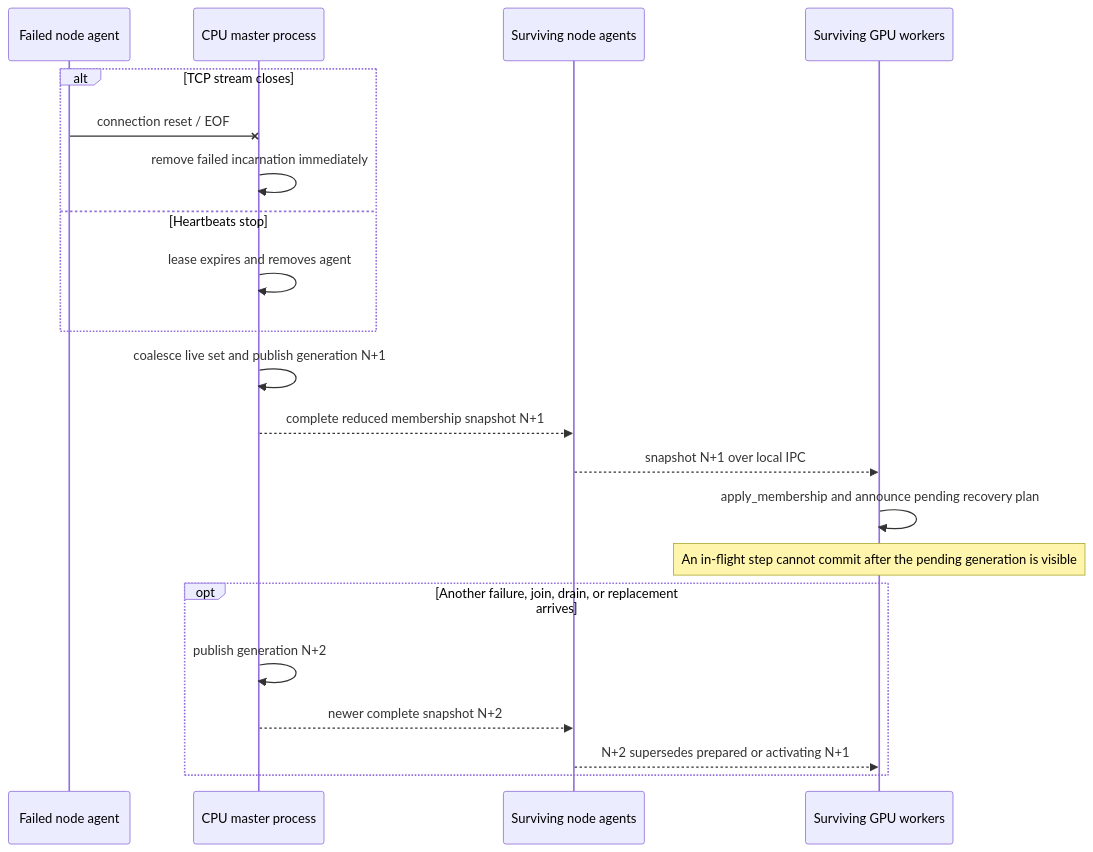
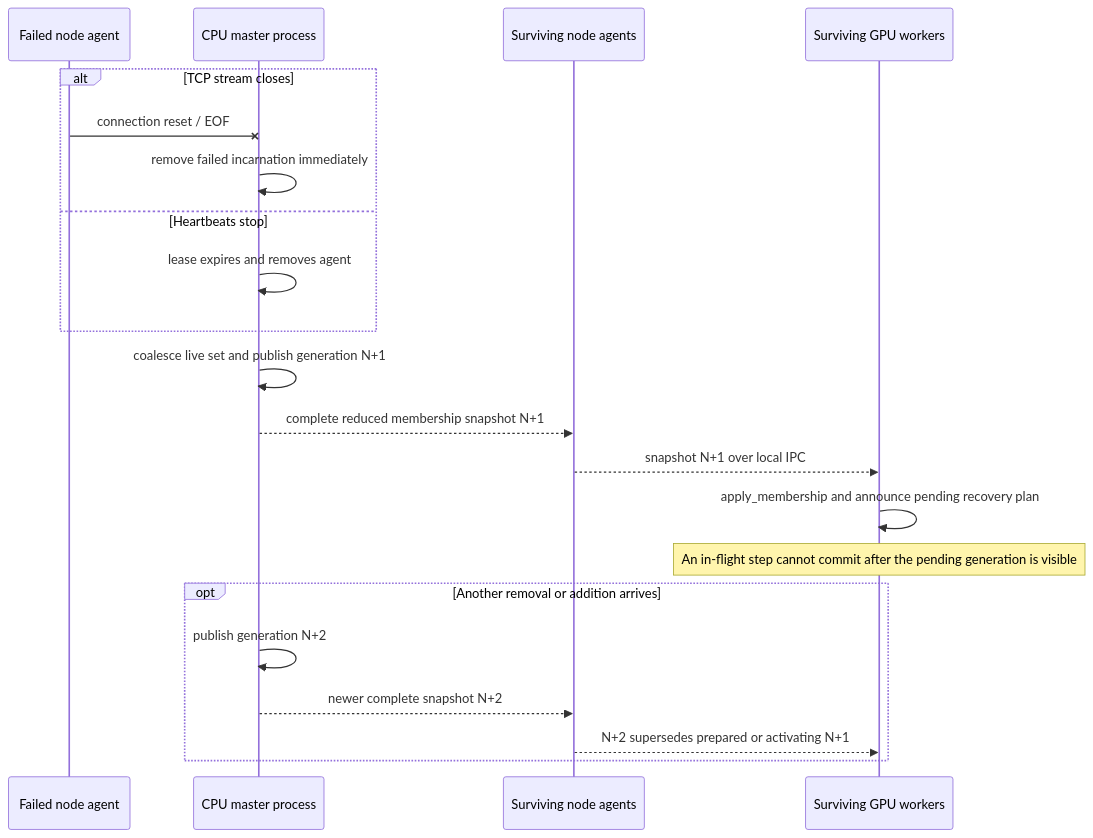
Before and after one commit to SymbioticLab/Oobleck: the sixth of 8 diagrams in lifecycle.md, drawn with Mermaid. The commit also changed other lines of this file and 29 other files, not shown here.

First line of the commit message:
Implement graceful cutover with removal/addition membership semantics (#46)

````diff
--- a/lifecycle.md
+++ b/lifecycle.md
@@ -309,24 +310,24 @@
 ```mermaid
 sequenceDiagram
     participant FA as Failed node agent
     participant M as CPU master process
     participant SA as Surviving node agents
     participant SW as Surviving GPU workers
 
     alt TCP stream closes
         FA-xM: connection reset / EOF
         M->>M: remove failed incarnation immediately
     else Heartbeats stop
         M->>M: lease expires and removes agent
     end
     M->>M: coalesce live set and publish generation N+1
     M-->>SA: complete reduced membership snapshot N+1
     SA-->>SW: snapshot N+1 over local IPC
     SW->>SW: apply_membership and announce pending recovery plan
     Note over SW: An in-flight step cannot commit after the pending generation is visible
-    opt Another failure, join, drain, or replacement arrives
+    opt Another removal or addition arrives
         M->>M: publish generation N+2
         M-->>SA: newer complete snapshot N+2
         SA-->>SW: N+2 supersedes prepared or activating N+1
     end
 ```
````
